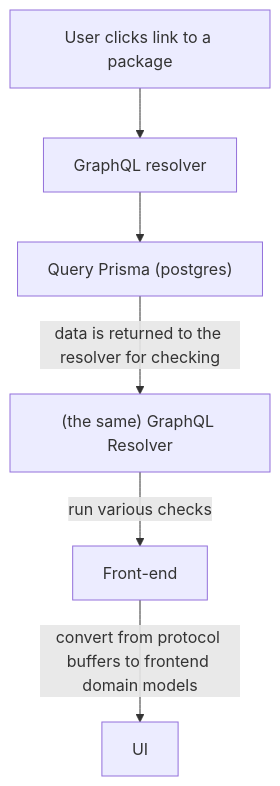
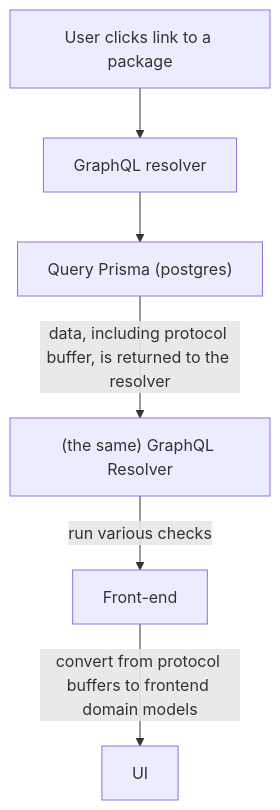
The second of 2 diagrams in docs/technical-design/form-data-flow.md (Enterprise-CMCS/managed-care-review), drawn with Mermaid before and after one commit.

````diff
--- a/docs/technical-design/form-data-flow.md
+++ b/docs/technical-design/form-data-flow.md
@@ -17,8 +17,8 @@
 ```mermaid
 graph TD
     A["User clicks link to a package"] -->B["GraphQL resolver"]
     B --> C["Query Prisma (postgres)"]
-    C -->|"data is returned to the resolver for checking" | D["(the same) GraphQL Resolver"]
+    C -->|"data, including protocol buffer, is returned to the resolver" | D["(the same) GraphQL Resolver"]
     D -->|"run various checks"| E["Front-end"]
     E -->|"convert from protocol buffers to frontend domain models"| F["UI"]
 ```
````
